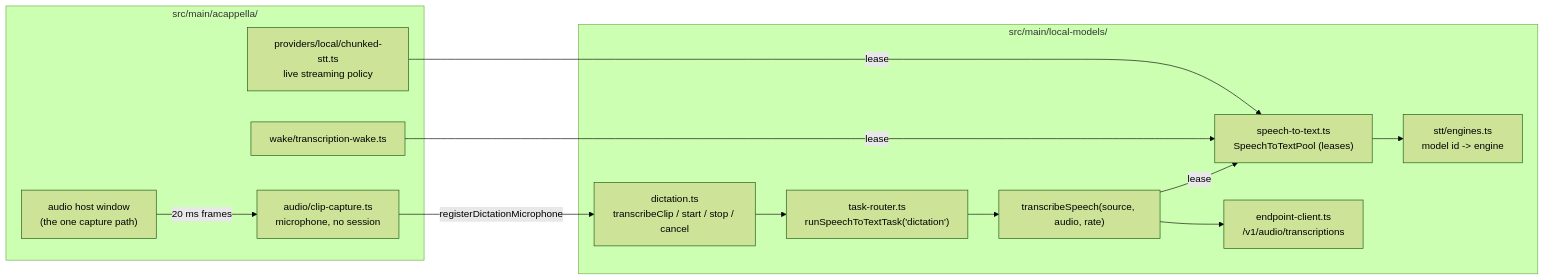
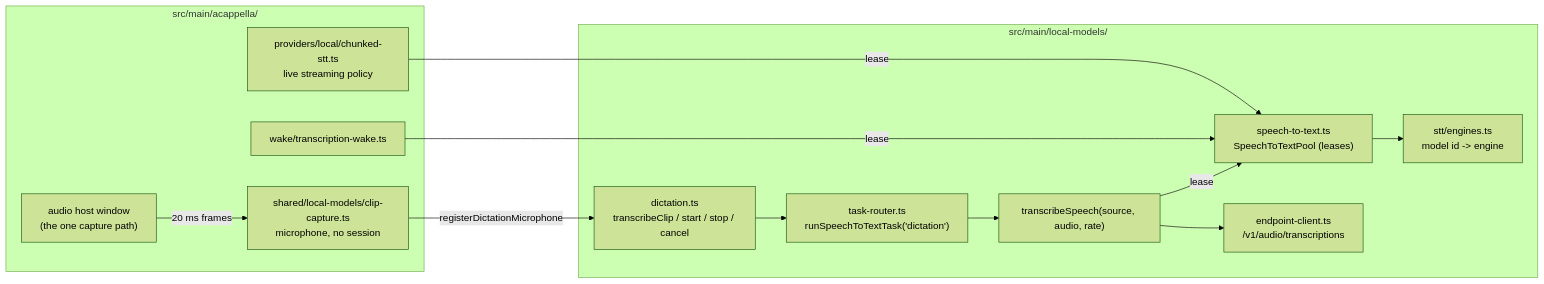
One commit to RunMaestro/Maestro changed the tenth of 19 diagrams in docs/architecture/local-models.md. Above: the diagram before and after it, drawn with Mermaid (forest theme). The commit also changed other lines of this file and 30 other files, not shown here.

````diff
--- a/docs/architecture/local-models.md
+++ b/docs/architecture/local-models.md
@@ -2397,26 +2397,26 @@
 ```mermaid
 flowchart LR
 	subgraph core["src/main/local-models/"]
 		pool["speech-to-text.ts<br/>SpeechToTextPool (leases)"]
 		engines["stt/engines.ts<br/>model id -> engine"]
 		svc["transcribeSpeech(source, audio, rate)"]
 		router["task-router.ts<br/>runSpeechToTextTask('dictation')"]
 		dict["dictation.ts<br/>transcribeClip / start / stop / cancel"]
 		ep["endpoint-client.ts<br/>/v1/audio/transcriptions"]
 	end
 	subgraph voice["src/main/acappella/"]
 		chunked["providers/local/chunked-stt.ts<br/>live streaming policy"]
 		wake["wake/transcription-wake.ts"]
-		clip["audio/clip-capture.ts<br/>microphone, no session"]
+		clip["shared/local-models/clip-capture.ts<br/>microphone, no session"]
 		host["audio host window<br/>(the one capture path)"]
 	end
 	chunked -- lease --> pool
 	wake -- lease --> pool
 	svc -- lease --> pool
 	pool --> engines
 	svc --> ep
 	router --> svc
 	dict --> router
 	clip -- registerDictationMicrophone --> dict
 	host -- 20 ms frames --> clip
 ```
````
